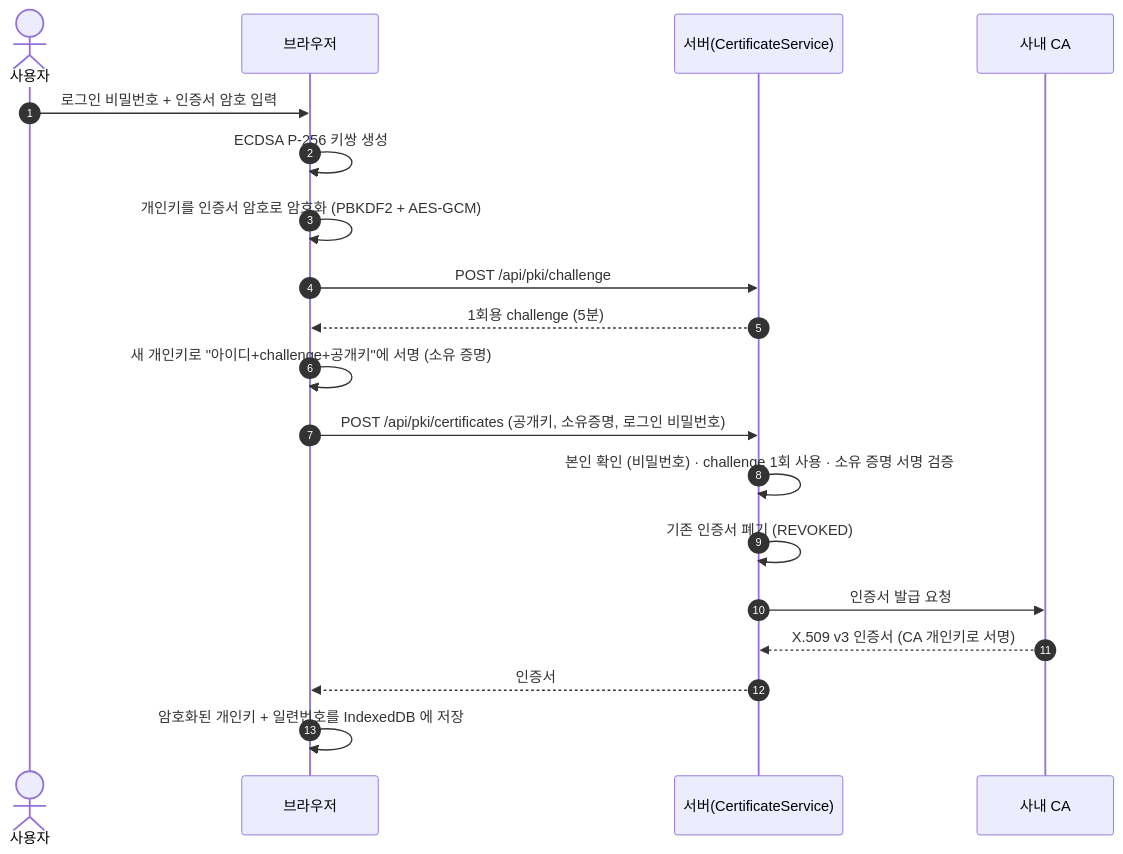
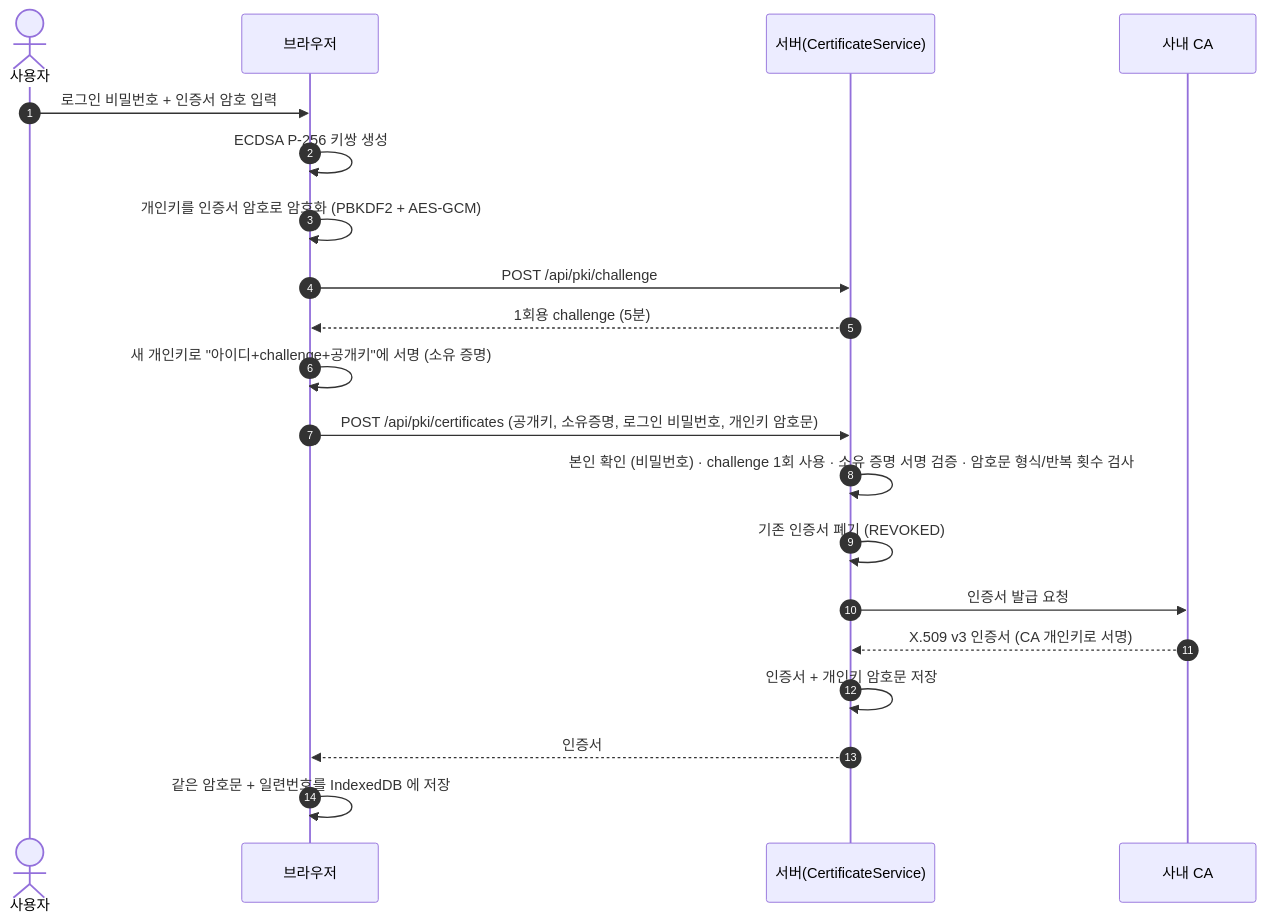
Before and after one commit to bora120/approval-system: the third of 5 diagrams in docs/e-signature-design.md, drawn with Mermaid. The commit also changed other lines of this file and 34 other files, not shown here.

````diff
--- a/docs/e-signature-design.md
+++ b/docs/e-signature-design.md
@@ -130,22 +141,23 @@
 ```mermaid
 sequenceDiagram
   autonumber
   actor U as 사용자
   participant B as 브라우저
   participant S as 서버(CertificateService)
   participant CA as 사내 CA
 
   U->>B: 로그인 비밀번호 + 인증서 암호 입력
   B->>B: ECDSA P-256 키쌍 생성
   B->>B: 개인키를 인증서 암호로 암호화 (PBKDF2 + AES-GCM)
   B->>S: POST /api/pki/challenge
   S-->>B: 1회용 challenge (5분)
   B->>B: 새 개인키로 "아이디+challenge+공개키"에 서명 (소유 증명)
-  B->>S: POST /api/pki/certificates (공개키, 소유증명, 로그인 비밀번호)
-  S->>S: 본인 확인 (비밀번호) · challenge 1회 사용 · 소유 증명 서명 검증
+  B->>S: POST /api/pki/certificates (공개키, 소유증명, 로그인 비밀번호, 개인키 암호문)
+  S->>S: 본인 확인 (비밀번호) · challenge 1회 사용 · 소유 증명 서명 검증 · 암호문 형식/반복 횟수 검사
   S->>S: 기존 인증서 폐기 (REVOKED)
   S->>CA: 인증서 발급 요청
   CA-->>S: X.509 v3 인증서 (CA 개인키로 서명)
+  S->>S: 인증서 + 개인키 암호문 저장
   S-->>B: 인증서
-  B->>B: 암호화된 개인키 + 일련번호를 IndexedDB 에 저장
+  B->>B: 같은 암호문 + 일련번호를 IndexedDB 에 저장
 ```
````
